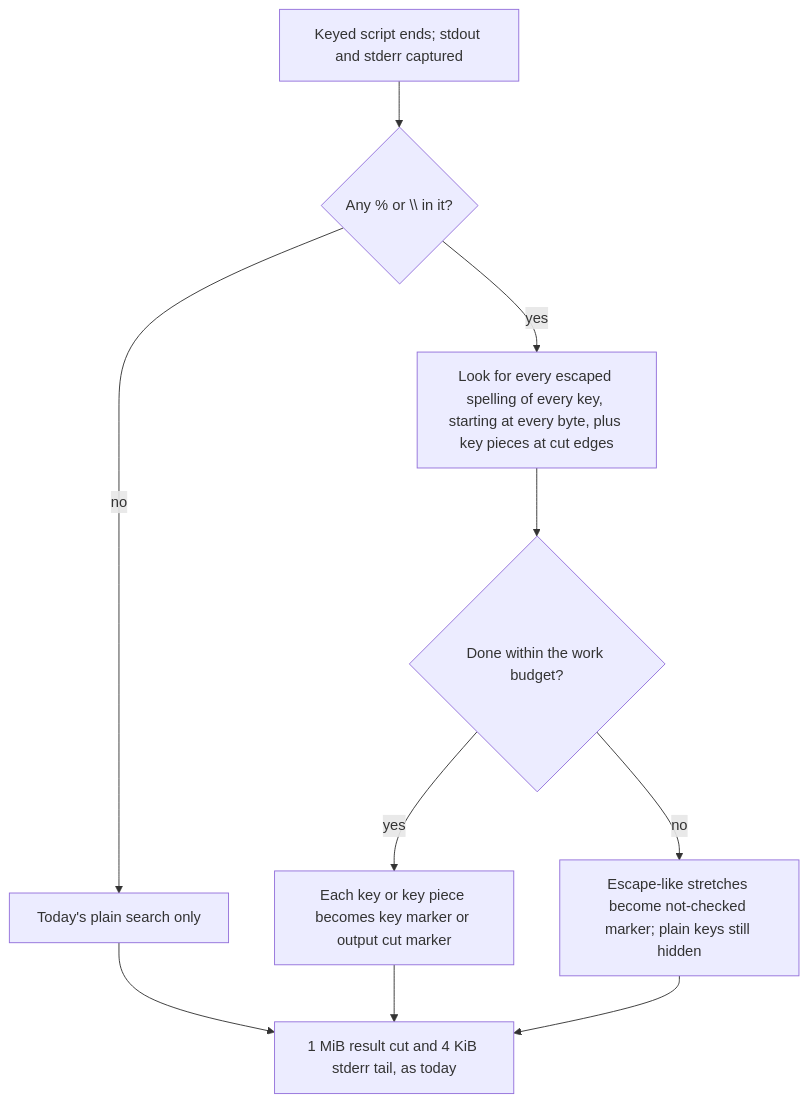
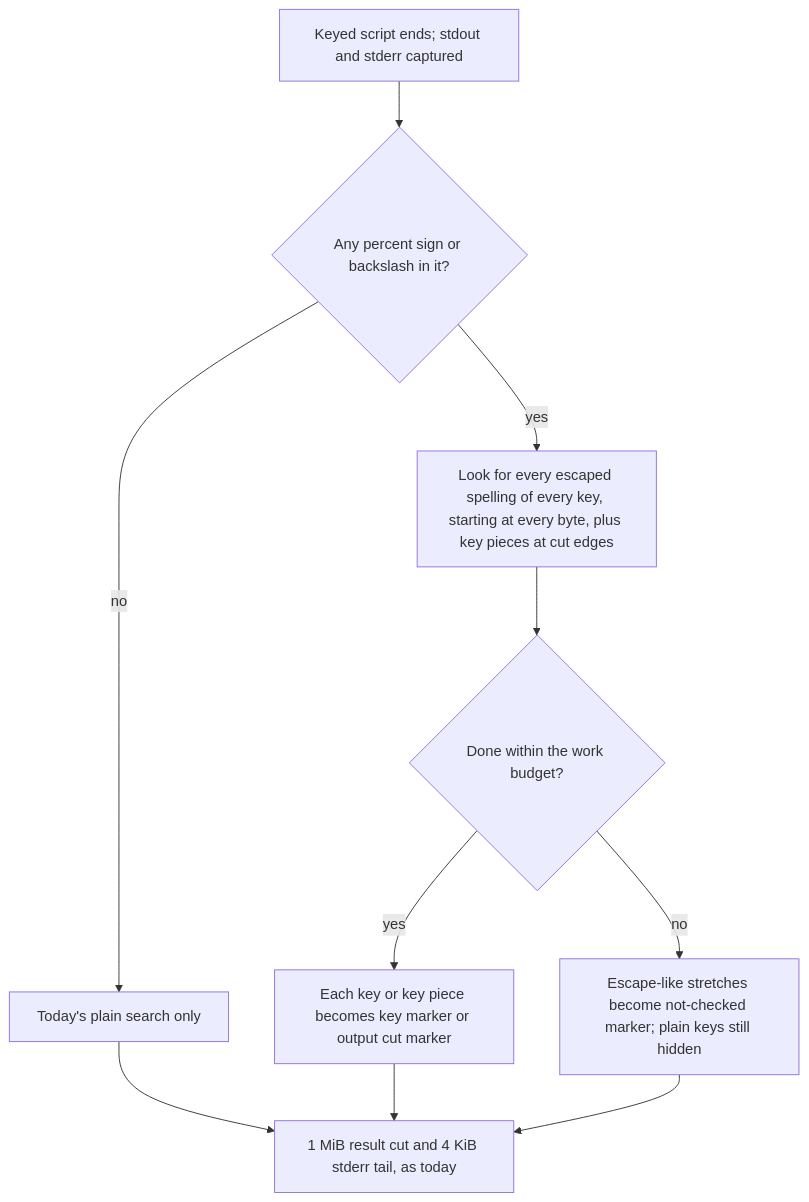
Before and after one commit to brilliantshine/wheelchair: the diagram in docs/plans/escaped-keys/PLAN.md, drawn with Mermaid.

Commit message:
escaped-keys: diagram label

````diff
--- a/docs/plans/escaped-keys/PLAN.md
+++ b/docs/plans/escaped-keys/PLAN.md
@@ -44,12 +44,12 @@
 ```mermaid
 flowchart TD
-  A[Keyed script ends; stdout and stderr captured] --> B{Any % or \\ in it?}
+  A[Keyed script ends; stdout and stderr captured] --> B{Any percent sign or backslash in it?}
   B -- no --> C[Today's plain search only]
   B -- yes --> D[Look for every escaped spelling of every key, starting at every byte, plus key pieces at cut edges]
   D --> E{Done within the work budget?}
   E -- yes --> F[Each key or key piece becomes key marker or output cut marker]
   E -- no --> G[Escape-like stretches become not-checked marker; plain keys still hidden]
   C --> H[1 MiB result cut and 4 KiB stderr tail, as today]
   F --> H
   G --> H
 ```
````
